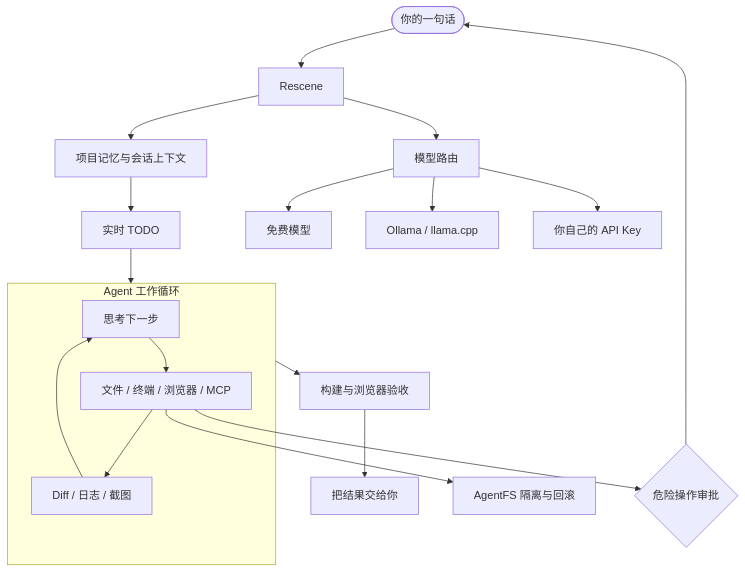
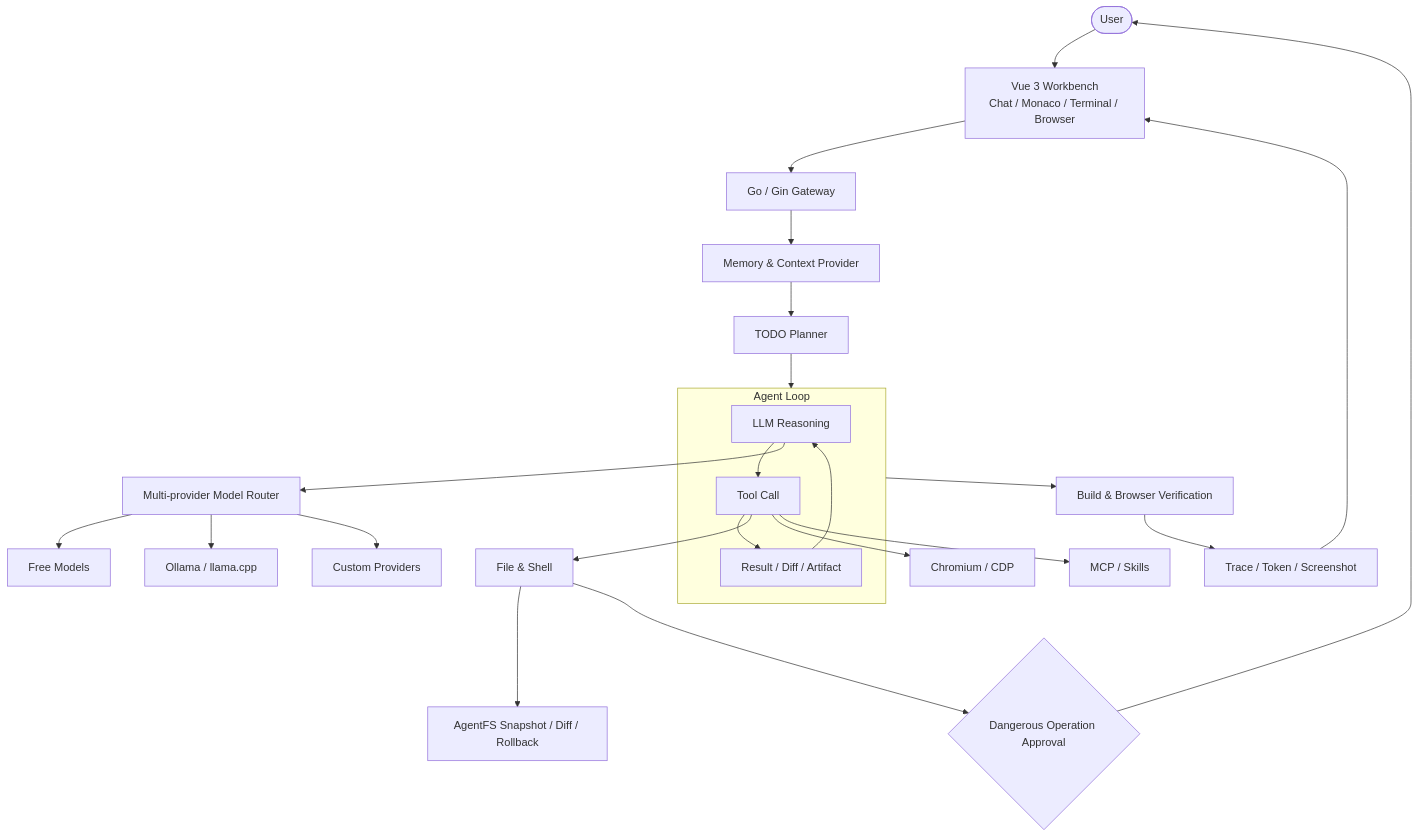
One commit to 3478556810/re0 changed the diagram in README.md. Above: the diagram before and after it, drawn with Mermaid. The commit also changed other lines of this file, not shown here.

````diff
--- a/README.md
+++ b/README.md
@@ -170,25 +122,31 @@
 ```mermaid
 flowchart TB
-    User([你的一句话]) --> Rescene[Rescene]
-    Rescene --> Memory[项目记忆与会话上下文]
-    Memory --> Plan[实时 TODO]
-    Plan --> Loop
+    User([User]) --> UI[Vue 3 Workbench<br/>Chat / Monaco / Terminal / Browser]
+    UI --> Gateway[Go / Gin Gateway]
+    Gateway --> Context[Memory & Context Provider]
+    Context --> Planner[TODO Planner]
+    Planner --> AgentLoop
 
-    subgraph Loop [Agent 工作循环]
-        Think[思考下一步] --> Tool[文件 / 终端 / 浏览器 / MCP]
-        Tool --> Evidence[Diff / 日志 / 截图]
-        Evidence --> Think
+    subgraph AgentLoop [Agent Loop]
+        LLM[LLM Reasoning] --> ToolCall[Tool Call]
+        ToolCall --> ToolResult[Result / Diff / Artifact]
+        ToolResult --> LLM
     end
 
-    Loop --> Verify[构建与浏览器验收]
-    Verify --> Reply[把结果交给你]
+    AgentLoop --> Verify[Build & Browser Verification]
+    Verify --> Trace[Trace / Token / Screenshot]
+    Trace --> UI
 
-    Rescene --> Router[模型路由]
-    Router --> Free[免费模型]
+    LLM --> Router[Multi-provider Model Router]
+    Router --> Free[Free Models]
     Router --> Local[Ollama / llama.cpp]
-    Router --> Private[你自己的 API Key]
+    Router --> Private[Custom Providers]
 
-    Tool --> AgentFS[AgentFS 隔离与回滚]
-    Tool --> Gate{危险操作审批}
+    ToolCall --> Files[File & Shell]
+    ToolCall --> Browser[Chromium / CDP]
+    ToolCall --> Extensions[MCP / Skills]
+
+    Files --> AgentFS[AgentFS Snapshot / Diff / Rollback]
+    Files --> Gate{Dangerous Operation Approval}
     Gate --> User
 ```
````
